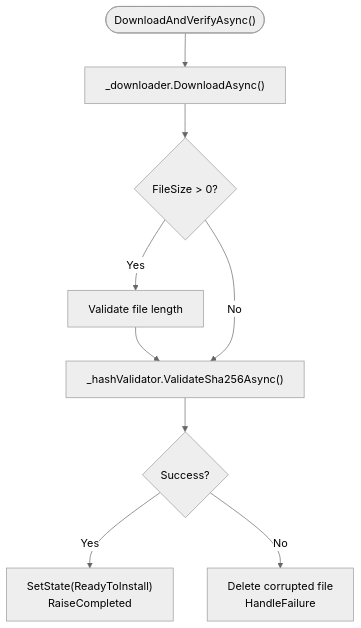
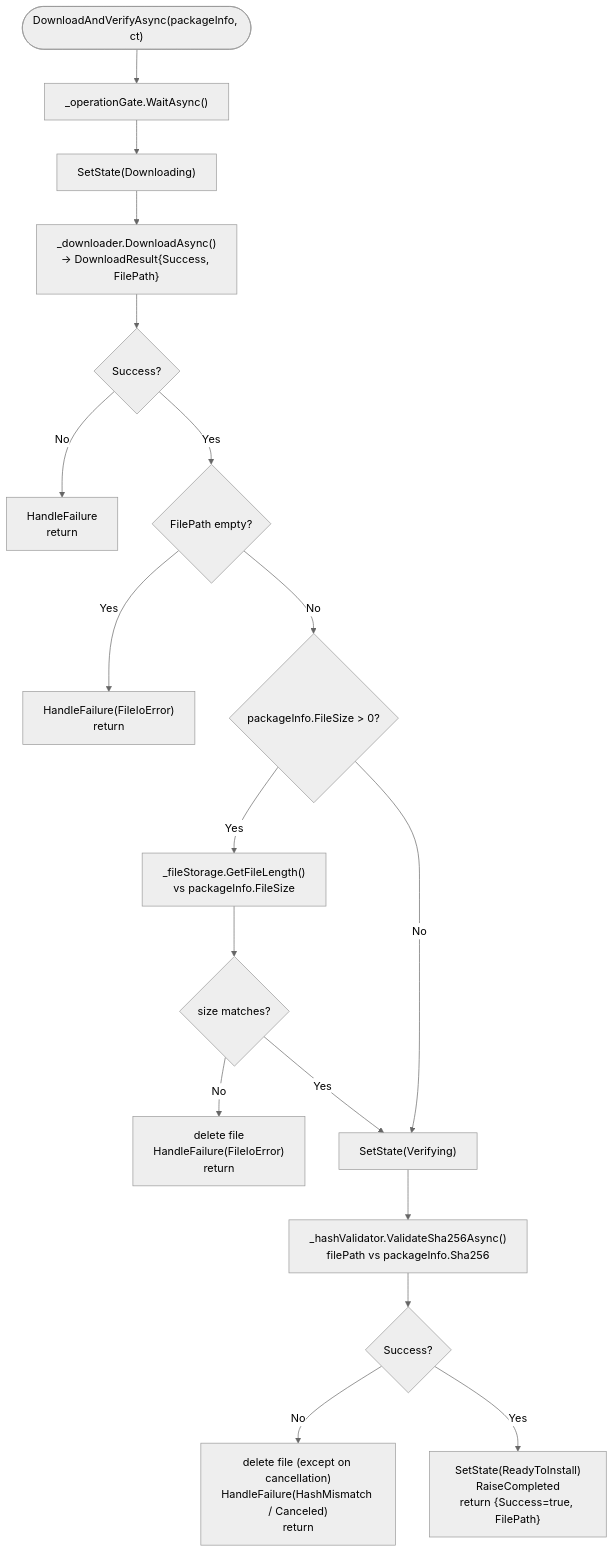
One commit to GeneralLibrary/GeneralUpdate-Samples changed the fifth of 7 diagrams in website/i18n/en/docusaurus-plugin-content-docs/current/doc/Avalonia.Android-flow.md. Above: the diagram before and after it, drawn with Mermaid (neutral theme). The commit also changed other lines of this file and 8 other files, not shown here.

````diff
--- a/website/i18n/en/docusaurus-plugin-content-docs/current/doc/Avalonia.Android-flow.md
+++ b/website/i18n/en/docusaurus-plugin-content-docs/current/doc/Avalonia.Android-flow.md
@@ -130,11 +318,27 @@
 ```mermaid
 flowchart TB
-    START(["DownloadAndVerifyAsync()"]) --> DL["_downloader.DownloadAsync()"]
-    DL --> SIZE{"FileSize > 0?"}
-    SIZE -- "Yes" --> CHECK["Validate file length"]
-    CHECK --> HASH["_hashValidator.ValidateSha256Async()"]
-    SIZE -- "No" --> HASH
-    HASH --> RESULT{"Success?"}
-    RESULT -- "Yes" --> OK["SetState(ReadyToInstall)\nRaiseCompleted"]
-    RESULT -- "No" --> FAIL["Delete corrupted file\nHandleFailure"]
+    START(["DownloadAndVerifyAsync(packageInfo, ct)"]) --> GATE["_operationGate.WaitAsync()"]
+    GATE --> SET_DL["SetState(Downloading)"]
+
+    SET_DL --> DOWNLOAD["_downloader.DownloadAsync()\n→ DownloadResult{Success, FilePath}"]
+
+    DOWNLOAD --> DL_OK{"Success?"}
+    DL_OK -- "No" --> FAIL["HandleFailure\nreturn"]
+
+    DL_OK -- "Yes" --> HAS_PATH{"FilePath empty?"}
+    HAS_PATH -- "Yes" --> FAIL_PATH["HandleFailure(FileIoError)\nreturn"]
+
+    HAS_PATH -- "No" --> SIZE{"packageInfo.FileSize > 0?"}
+    SIZE -- "Yes" --> CHECK_SIZE["_fileStorage.GetFileLength()\nvs packageInfo.FileSize"]
+    CHECK_SIZE --> SIZE_OK{"size matches?"}
+    SIZE_OK -- "No" --> DEL_SIZE["delete file\nHandleFailure(FileIoError)\nreturn"]
+
+    SIZE_OK -- "Yes" --> HASH
+    SIZE -- "No" --> HASH["SetState(Verifying)"]
+    HASH --> DO_HASH["_hashValidator.ValidateSha256Async()\nfilePath vs packageInfo.Sha256"]
+
+    DO_HASH --> HASH_OK{"Success?"}
+    HASH_OK -- "No" --> DEL_HASH["delete file (except on cancellation)\nHandleFailure(HashMismatch / Canceled)\nreturn"]
+
+    HASH_OK -- "Yes" --> COMPLETE["SetState(ReadyToInstall)\nRaiseCompleted\nreturn {Success=true, FilePath}"]
 ```
````
